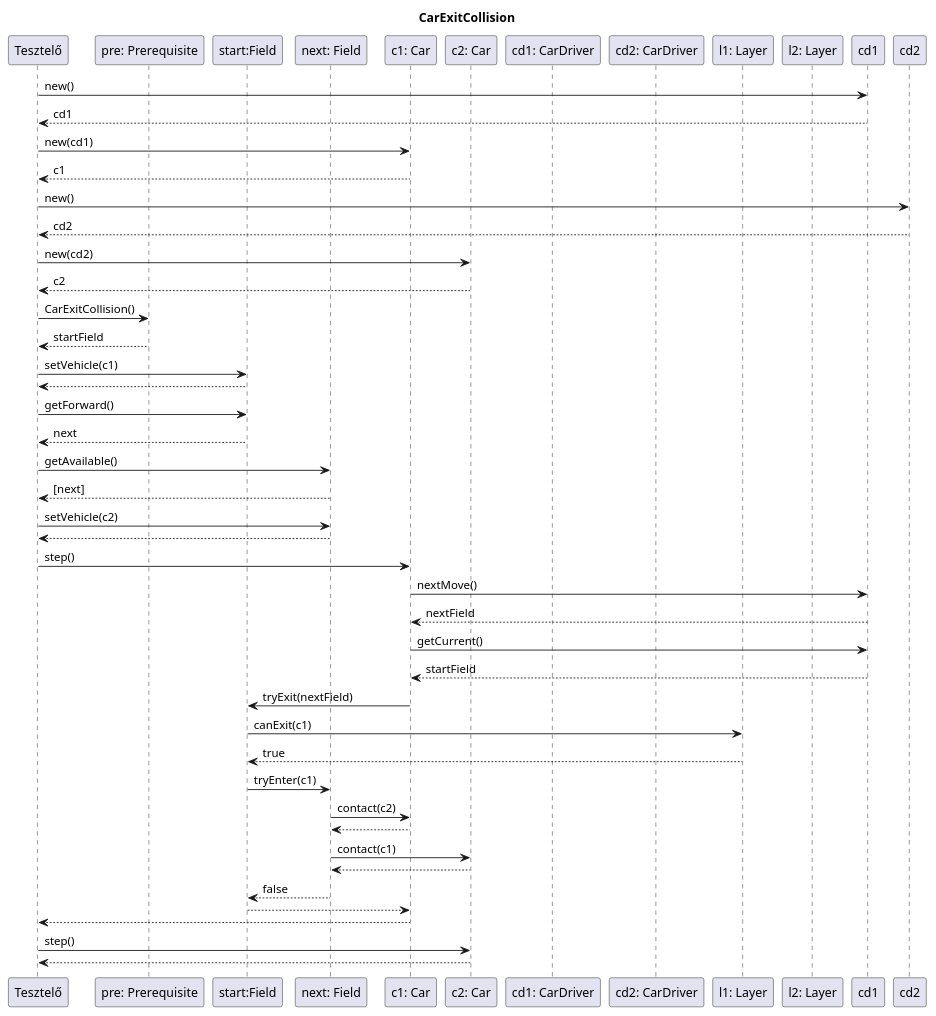
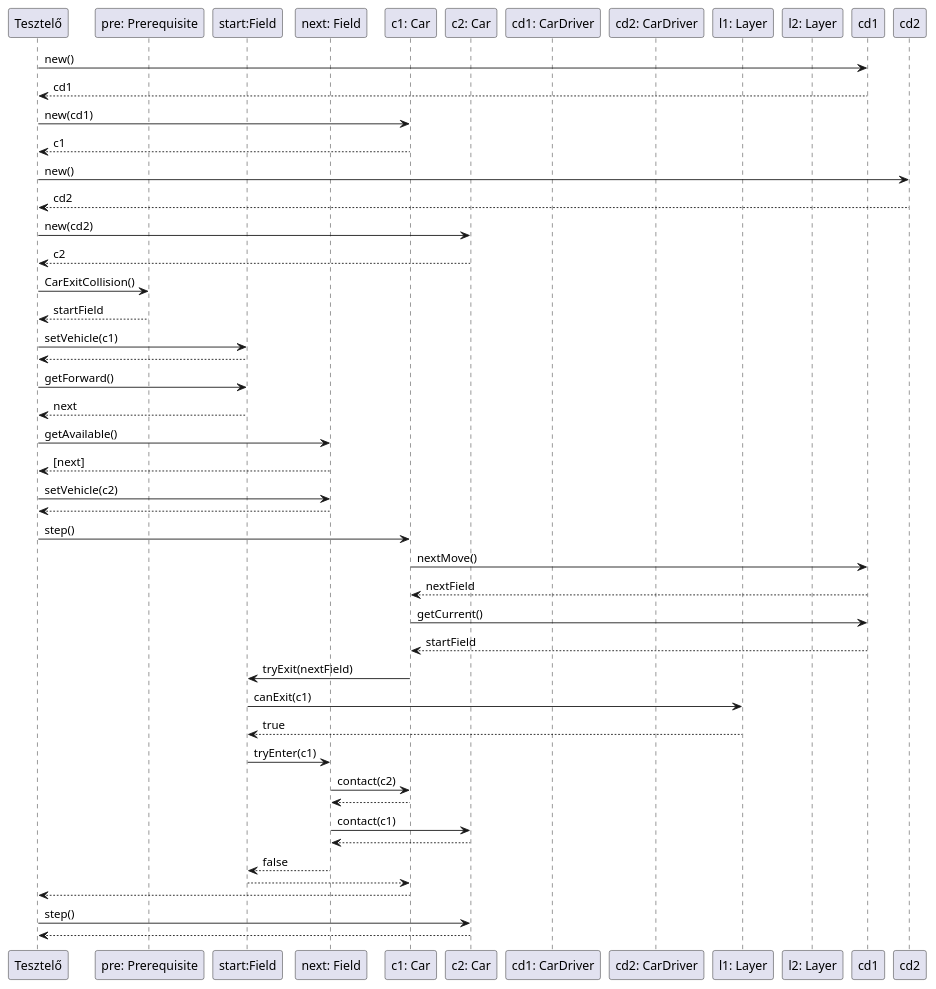
One commit to uhrinandor/spring changed the diagram in docs/skeleton/car/CarExitCollision.plantuml. Above: the diagram before and after it, drawn with PlantUML. The commit also changed 10 other files, not shown here.

```diff
--- a/docs/skeleton/car/CarExitCollision.plantuml
+++ b/docs/skeleton/car/CarExitCollision.plantuml
@@ -1,93 +1,91 @@
 @startuml
 /'komm diagramba szukseges: ket ures mezo sima layer'/
-/'CarExitCollision'/
-/'hatso auto beleutkozik az elsobe, utana elso auto megprobal kilepni'/
-title CarExitCollision
+
 participant "Tesztelő" as tester
 participant "pre: Prerequisite" as pre
 participant "start:Field" as startField
 participant "next: Field" as nextField
 participant "c1: Car" as c1
 participant "c2: Car" as c2
 participant "cd1: CarDriver" as pd1
 participant "cd2: CarDriver" as pd2
 participant "l1: Layer" as startLayer
 participant "l2: Layer" as nextLayer
 /'letrehoz egy playerdrivert'/
 tester->cd1:new()
 cd1-->tester:cd1
 
 /'letrehozza az elso autot a Cardriverrel'/
 tester->c1:new(cd1)
 c1-->tester:c1
 
 /'letrehoz meg egy Cardrivert'/
 tester->cd2:new()
 cd2-->tester:cd2
 
 /'letrehozza a masodik autot'/
 tester->c2:new(cd2)
 c2-->tester:c2
 
 /'pre megadja a kezdomezot'/
 tester->pre:CarExitCollision()
 pre-->tester:startField
 
 /'az elso mezo beallitja az elso autot'/
 tester->startField: setVehicle(c1)
 startField-->tester:
 
 /'megkerdezi az elso mezot hogy mi a kovetkezo IRoad'/
 tester->startField: getForward()
 startField-->tester:next
 
 /'elkeri a Field-ek listajat a kovetkezo IRoad-tol'/
 tester->nextField:getAvailable()
 nextField-->tester: [next]
 
 /'beallitja a masodik mezore a masodik autot'/
 tester->nextField: setVehicle(c2)
 nextField-->tester:
 
 tester->c1: step()
 
 /'jatekos beallitja h elore szeretne lepni'/
 c1->cd1: nextMove()
 cd1-->c1: nextField
 
 /'lekerdezi az auto aktualis mezojet'/
 c1 -> cd1: getCurrent()
 cd1 --> c1: startField
 
 /'hatso auto megprobal kilepni'/
 c1 -> startField: tryExit(nextField)
 
 /'hatso auto megkerdezi h kilephet-e'/
 startField -> startLayer: canExit(c1)
 startLayer --> startField: true
 
 /'hatso auto megprobal belepni'/
 startField -> nextField: tryEnter(c1)
 
 /'hatso auto osszetorik'/
 nextField -> c1: contact(c2)
 c1 --> nextField: 
 
 /'elso auto is osszetorik'/
 nextField -> c2: contact(c1)
 c2 --> nextField:
 
 /'tryEnter-re a valasz, tehat nem lephet be a c1'/
 nextField --> startField: false
 
 /'tryExit-re a valasz, tehat nem lephet ki a c1'/
 startField --> c1:
 
 /'step()-re a valasz'/
 c1 --> tester:
 
 
 /'ELSO AUTO MEGPROBAL LEPNI es egybol visszater'/
 tester->c2: step()
 c2-->tester:
 @enduml
```
